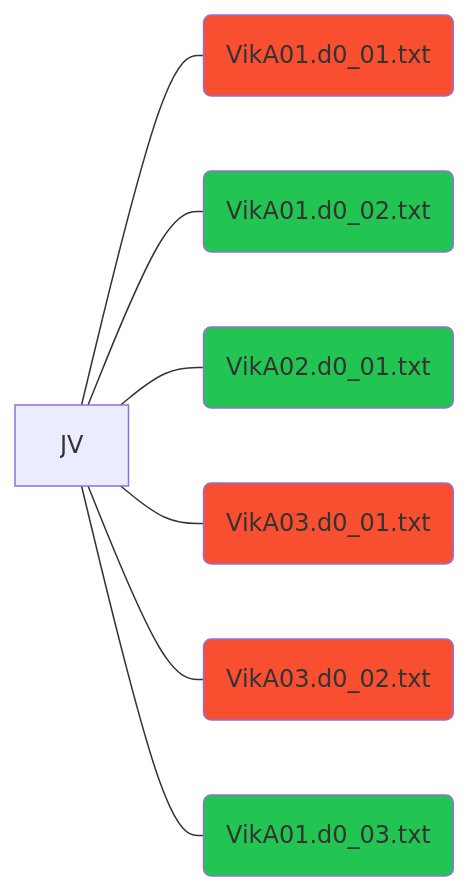
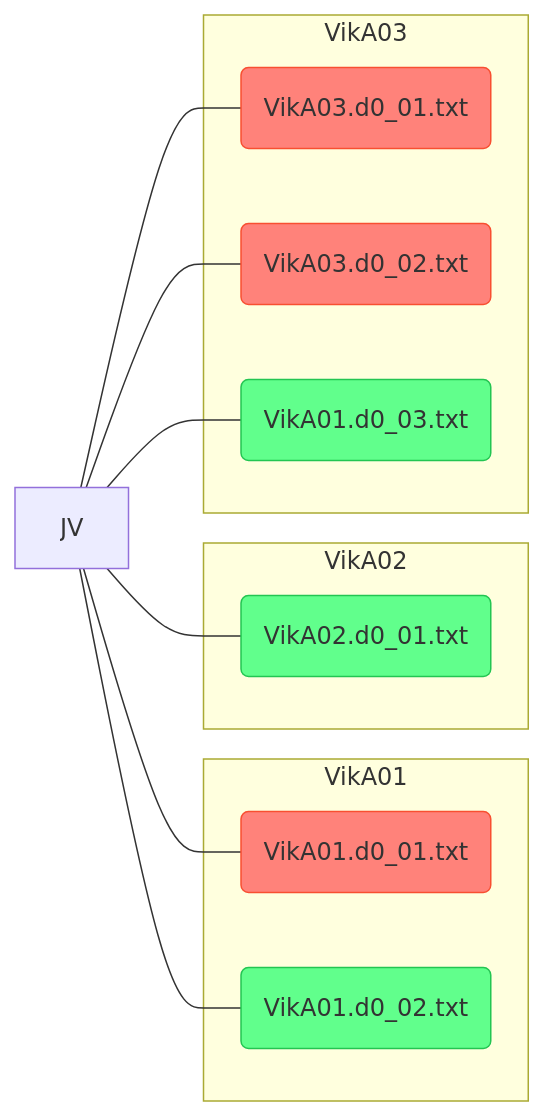
Before and after one commit to vskorjanc/pero-pipes: the diagram in docs/containers/JV.md, drawn with Mermaid. The commit also changed other lines of this file, not shown here.

Commit message:
Styled JV file flowchart

````diff
--- a/docs/containers/JV.md
+++ b/docs/containers/JV.md
@@ -5,9 +5,18 @@
 ``` mermaid
 flowchart LR
 JV --- A(VikA01.d0_01.txt) & B(VikA01.d0_02.txt) & C(VikA02.d0_01.txt) & D(VikA03.d0_01.txt) & E(VikA03.d0_02.txt) & F(VikA01.d0_03.txt)
+subgraph VikA01
+A & B
+end
+subgraph VikA02
+C
+end
+subgraph VikA03
+D & E & F
+end
 
-classDef green fill:#23C552;
-classDef red fill:#F84F31;
+classDef green fill:#61FF8C,stroke:#23C552;
+classDef red fill:#FF827A,stroke:#F84F31;
 class A,D,E red;
 class B,C,F green;
 ```
````
